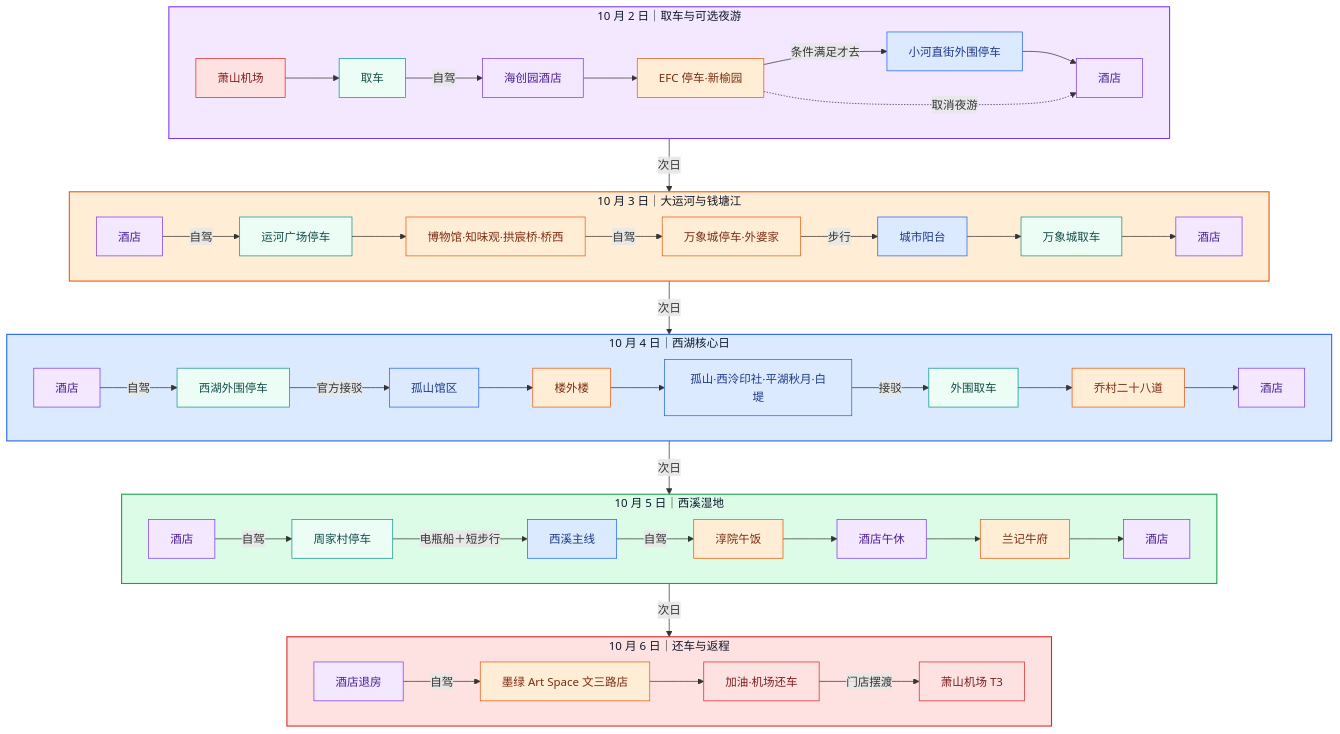
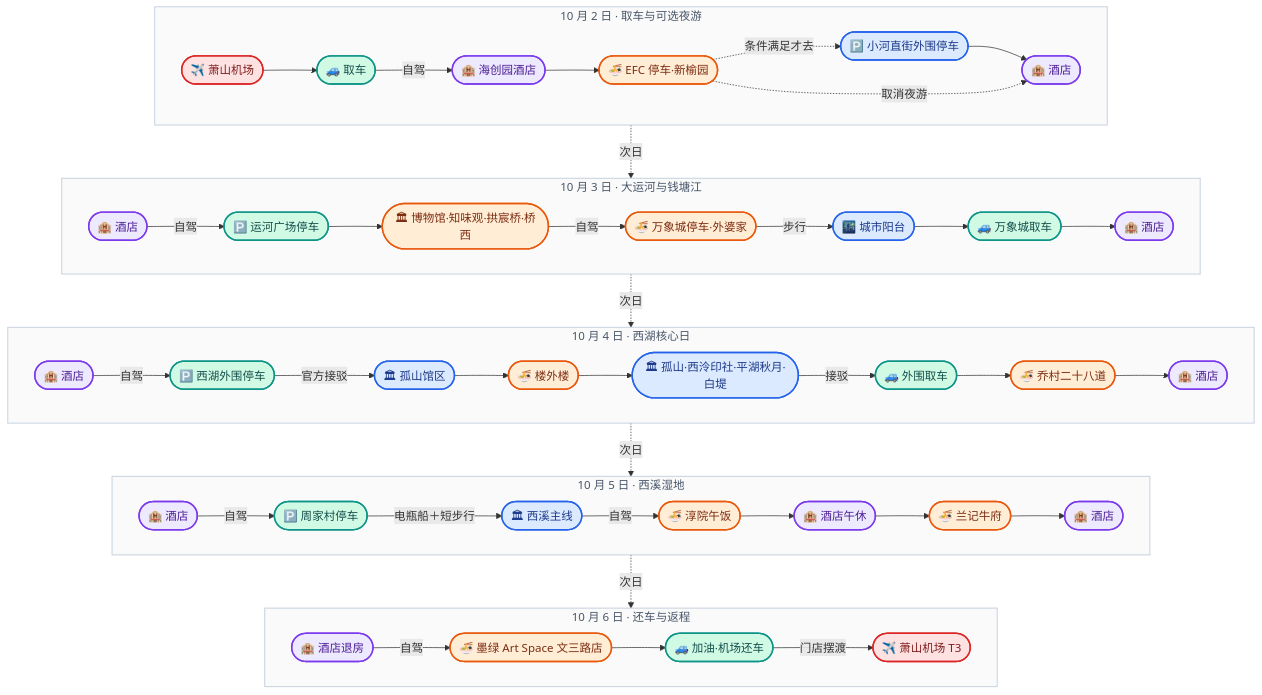
Before and after one commit to TheShadow178/hangzhou-trip: the second of 3 diagrams in docs/traffic.md, drawn with Mermaid. The commit also changed other lines of this file and 5 other files, not shown here.

First line of the commit message:
美化动线图并修复地图放大空白

````diff
--- a/docs/traffic.md
+++ b/docs/traffic.md
@@ -170,44 +189,66 @@
 ```mermaid
-%%{init: {'theme':'base', 'themeVariables': {'fontFamily':'-apple-system, "PingFang SC", "Microsoft YaHei", sans-serif','lineColor':'#94a3b8','primaryColor':'#f8fafc','primaryBorderColor':'#cbd5e1','primaryTextColor':'#0f172a'}}}%%
+%%{init: {'theme':'base', 'themeVariables': {'fontFamily':'-apple-system, "PingFang SC", "Microsoft YaHei", sans-serif','lineColor':'#94a3b8','primaryColor':'#ffffff','primaryBorderColor':'#94a3b8','primaryTextColor':'#0f172a','fontSize':'13px'}}}%%
 flowchart TB
-  subgraph C02["10 月 2 日｜取车与可选夜游"]
+  subgraph C02["10 月 2 日 · 取车与可选夜游"]
     direction LR
-    C02A["萧山机场"] --> C02B["取车"] -->|自驾| C02C["海创园酒店"] --> C02D["EFC 停车·新榆园"] -->|条件满足才去| C02E["小河直街外围停车"] --> C02F["酒店"]
+    C02A(["✈️ 萧山机场"]) --> C02B(["🚙 取车"])
+    C02B -->|自驾| C02C(["🏨 海创园酒店"])
+    C02C --> C02D(["🍜 EFC 停车·新榆园"])
+    C02D -.->|条件满足才去| C02E(["🅿️ 小河直街外围停车"])
+    C02E --> C02F(["🏨 酒店"])
     C02D -. 取消夜游 .-> C02F
   end
-  subgraph C03["10 月 3 日｜大运河与钱塘江"]
+  subgraph C03["10 月 3 日 · 大运河与钱塘江"]
     direction LR
-    C03A["酒店"] -->|自驾| C03B["运河广场停车"] --> C03C["博物馆·知味观·拱宸桥·桥西"] -->|自驾| C03D["万象城停车·外婆家"] -->|步行| C03E["城市阳台"] --> C03F["万象城取车"] --> C03G["酒店"]
+    C03A(["🏨 酒店"]) -->|自驾| C03B(["🅿️ 运河广场停车"])
+    C03B --> C03C(["🏛 博物馆·知味观·拱宸桥·桥西"])
+    C03C -->|自驾| C03D(["🍜 万象城停车·外婆家"])
+    C03D -->|步行| C03E(["🌃 城市阳台"])
+    C03E --> C03F(["🚙 万象城取车"])
+    C03F --> C03G(["🏨 酒店"])
   end
-  subgraph C04["10 月 4 日｜西湖核心日"]
+  subgraph C04["10 月 4 日 · 西湖核心日"]
     direction LR
-    C04A["酒店"] -->|自驾| C04B["西湖外围停车"] -->|官方接驳| C04C["孤山馆区"] --> C04D["楼外楼"] --> C04E["孤山·西泠印社·平湖秋月·白堤"] -->|接驳| C04F["外围取车"] --> C04G["乔村二十八道"] --> C04H["酒店"]
+    C04A(["🏨 酒店"]) -->|自驾| C04B(["🅿️ 西湖外围停车"])
+    C04B -->|官方接驳| C04C(["🏛 孤山馆区"])
+    C04C --> C04D(["🍜 楼外楼"])
+    C04D --> C04E(["🏛 孤山·西泠印社·平湖秋月·白堤"])
+    C04E -->|接驳| C04F(["🚙 外围取车"])
+    C04F --> C04G(["🍜 乔村二十八道"])
+    C04G --> C04H(["🏨 酒店"])
   end
-  subgraph C05["10 月 5 日｜西溪湿地"]
+  subgraph C05["10 月 5 日 · 西溪湿地"]
     direction LR
-    C05A["酒店"] -->|自驾| C05B["周家村停车"] -->|电瓶船＋短步行| C05C["西溪主线"] -->|自驾| C05D["淳院午饭"] --> C05E["酒店午休"] --> C05F["兰记牛府"] --> C05G["酒店"]
+    C05A(["🏨 酒店"]) -->|自驾| C05B(["🅿️ 周家村停车"])
+    C05B -->|电瓶船＋短步行| C05C(["🏛 西溪主线"])
+    C05C -->|自驾| C05D(["🍜 淳院午饭"])
+    C05D --> C05E(["🏨 酒店午休"])
+    C05E --> C05F(["🍜 兰记牛府"])
+    C05F --> C05G(["🏨 酒店"])
   end
-  subgraph C06["10 月 6 日｜还车与返程"]
+  subgraph C06["10 月 6 日 · 还车与返程"]
     direction LR
-    C06A["酒店退房"] -->|自驾| C06B["墨绿 Art Space 文三路店"] --> C06C["加油·机场还车"] -->|门店摆渡| C06D["萧山机场 T3"]
+    C06A(["🏨 酒店退房"]) -->|自驾| C06B(["🍜 墨绿 Art Space 文三路店"])
+    C06B --> C06C(["🚙 加油·机场还车"])
+    C06C -->|门店摆渡| C06D(["✈️ 萧山机场 T3"])
   end
-  C02F -->|次日| C03A
-  C03G -->|次日| C04A
-  C04H -->|次日| C05A
-  C05G -->|次日| C06A
-class C02A,C06C,C06D cAir;
-class C02B,C03B,C03F,C04B,C04F,C05B cMove;
-class C02C,C02F,C03A,C03G,C04A,C04H,C05A,C05E,C05G,C06A cStay;
-class C02D,C03C,C03D,C04D,C04G,C05D,C05F,C06B cFood;
-class C02E,C03E,C04C,C04E,C05C cSee;
-style C02 fill:#f3e8ff,stroke:#7c3aed,stroke-width:1.5px,color:#0f172a
-style C03 fill:#ffedd5,stroke:#ea580c,stroke-width:1.5px,color:#0f172a
-style C04 fill:#dbeafe,stroke:#2563eb,stroke-width:1.5px,color:#0f172a
-style C05 fill:#dcfce7,stroke:#16a34a,stroke-width:1.5px,color:#0f172a
-style C06 fill:#fee2e2,stroke:#dc2626,stroke-width:1.5px,color:#0f172a
-classDef cAir fill:#fee2e2,stroke:#dc2626,color:#7f1d1d
-classDef cStay fill:#f3e8ff,stroke:#7c3aed,color:#4c1d95
-classDef cFood fill:#ffedd5,stroke:#ea580c,color:#7c2d12
-classDef cSee fill:#dbeafe,stroke:#2563eb,color:#1e3a8a
-classDef cMove fill:#ecfdf5,stroke:#0d9488,color:#134e4a
+  C02F -.->|次日| C03A
+  C03G -.->|次日| C04A
+  C04H -.->|次日| C05A
+  C05G -.->|次日| C06A
+  classDef cAir fill:#fee2e2,stroke:#dc2626,stroke-width:2px,color:#7f1d1d
+  classDef cStay fill:#ede9fe,stroke:#7c3aed,stroke-width:2px,color:#4c1d95
+  classDef cFood fill:#ffedd5,stroke:#ea580c,stroke-width:2px,color:#7c2d12
+  classDef cSee fill:#dbeafe,stroke:#2563eb,stroke-width:2px,color:#1e3a8a
+  classDef cMove fill:#d1fae5,stroke:#0d9488,stroke-width:2px,color:#134e4a
+  class C02A,C06D cAir
+  class C02B,C03B,C03F,C04B,C04F,C05B,C06C cMove
+  class C02C,C02F,C03A,C03G,C04A,C04H,C05A,C05E,C05G,C06A cStay
+  class C02D,C03C,C03D,C04D,C04G,C05D,C05F,C06B cFood
+  class C02E,C03E,C04C,C04E,C05C cSee
+  style C02 fill:#fafafa,stroke:#cbd5e1,stroke-width:1.5px,color:#475569
+  style C03 fill:#fafafa,stroke:#cbd5e1,stroke-width:1.5px,color:#475569
+  style C04 fill:#fafafa,stroke:#cbd5e1,stroke-width:1.5px,color:#475569
+  style C05 fill:#fafafa,stroke:#cbd5e1,stroke-width:1.5px,color:#475569
+  style C06 fill:#fafafa,stroke:#cbd5e1,stroke-width:1.5px,color:#475569
 ```
````
